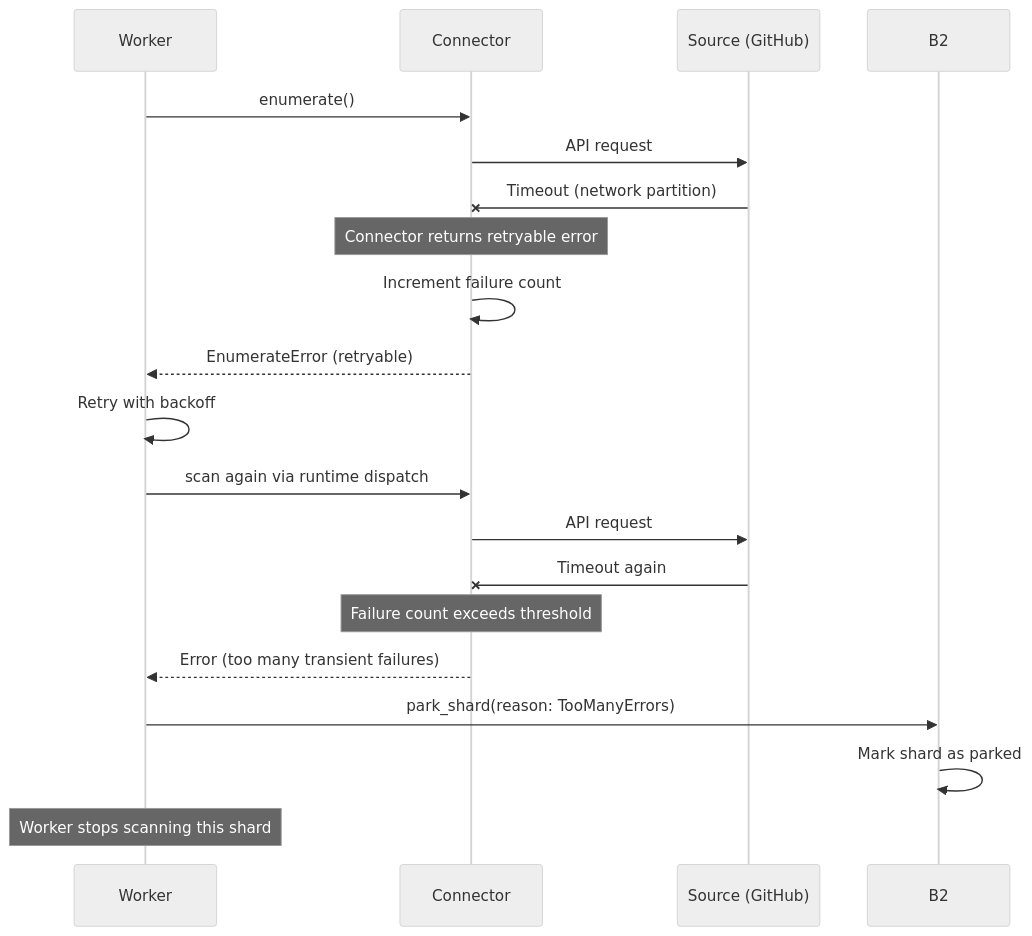
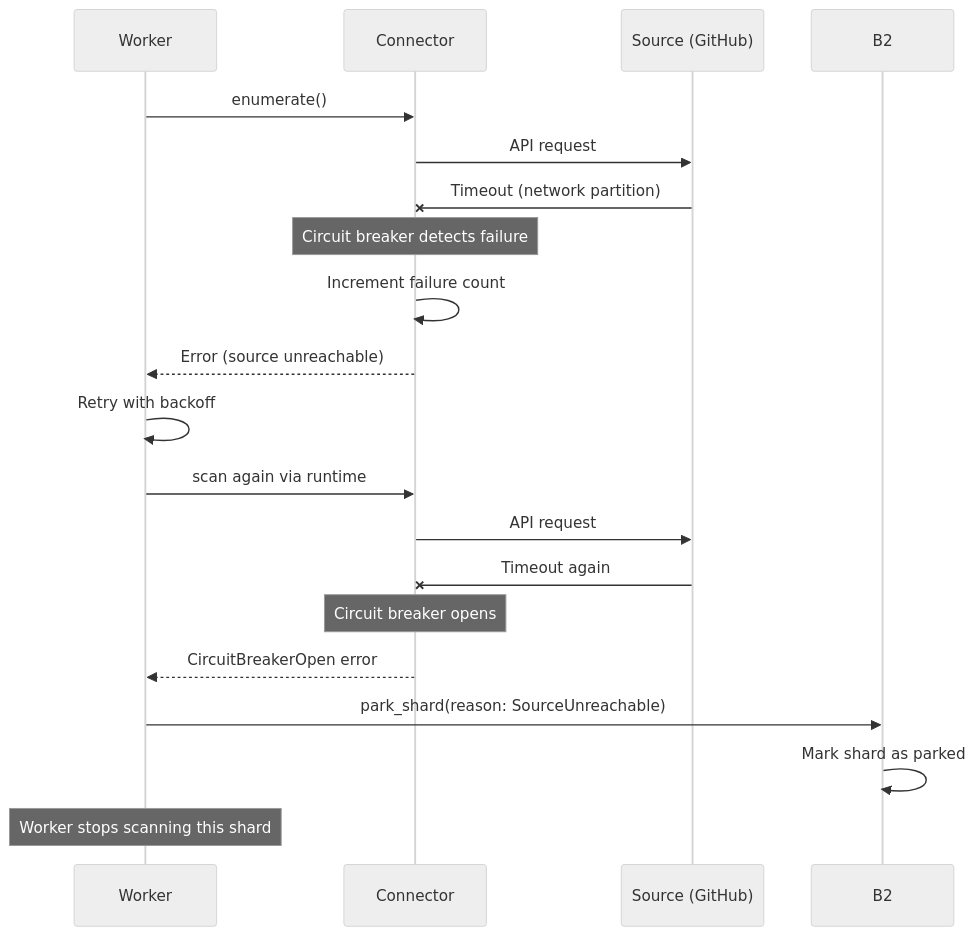
The third of 6 diagrams in 08-cross-cutting/03-failure-modes-and-recovery.md (ahrav/gossip-rs-learning-guide), drawn with Mermaid (neutral theme) before and after one commit. The commit also changed other lines of this file and 30 other files, not shown here.

````diff
--- a/08-cross-cutting/03-failure-modes-and-recovery.md
+++ b/08-cross-cutting/03-failure-modes-and-recovery.md
@@ -180,26 +180,26 @@
 ```mermaid
 sequenceDiagram
     participant W as Worker
     participant B4 as Connector
     participant S as Source (GitHub)
 
     W->>B4: enumerate()
     B4->>S: API request
     S-xB4: Timeout (network partition)
 
-    Note over B4: Connector returns retryable error
+    Note over B4: Circuit breaker detects failure
     B4->>B4: Increment failure count
-    B4-->>W: EnumerateError (retryable)
+    B4-->>W: Error (source unreachable)
 
     W->>W: Retry with backoff
-    W->>B4: scan again via runtime dispatch
+    W->>B4: scan again via runtime
     B4->>S: API request
     S-xB4: Timeout again
 
-    Note over B4: Failure count exceeds threshold
-    B4-->>W: Error (too many transient failures)
+    Note over B4: Circuit breaker opens
+    B4-->>W: CircuitBreakerOpen error
 
-    W->>B2: park_shard(reason: TooManyErrors)
+    W->>B2: park_shard(reason: SourceUnreachable)
     B2->>B2: Mark shard as parked
     Note over W: Worker stops scanning this shard
 ```
````
